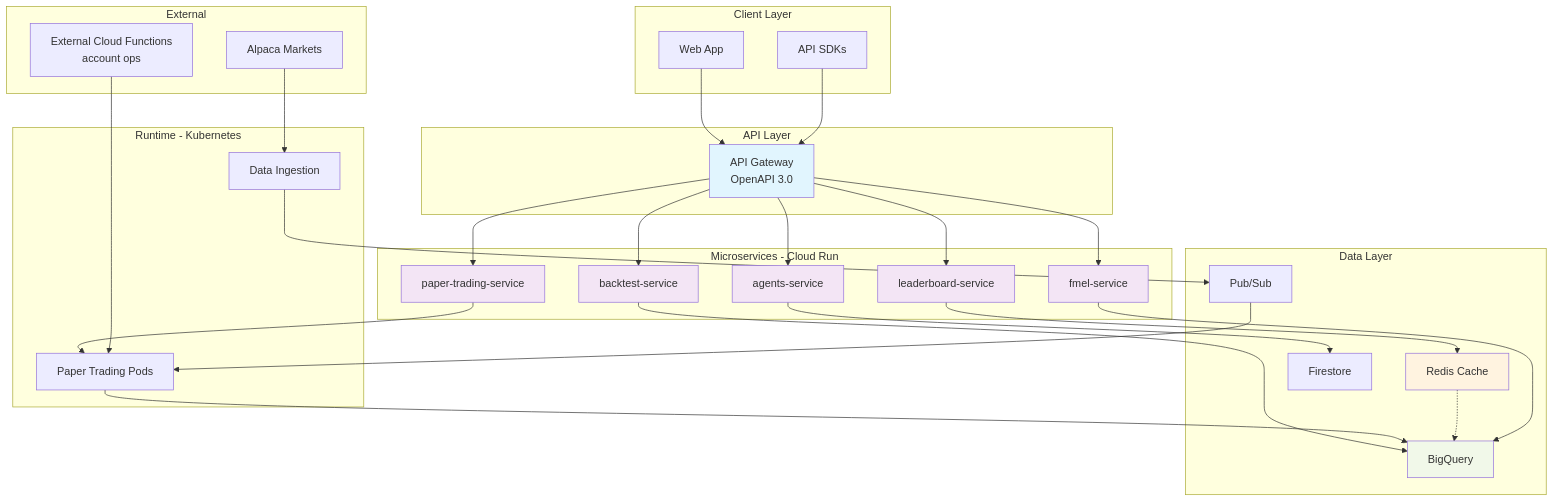
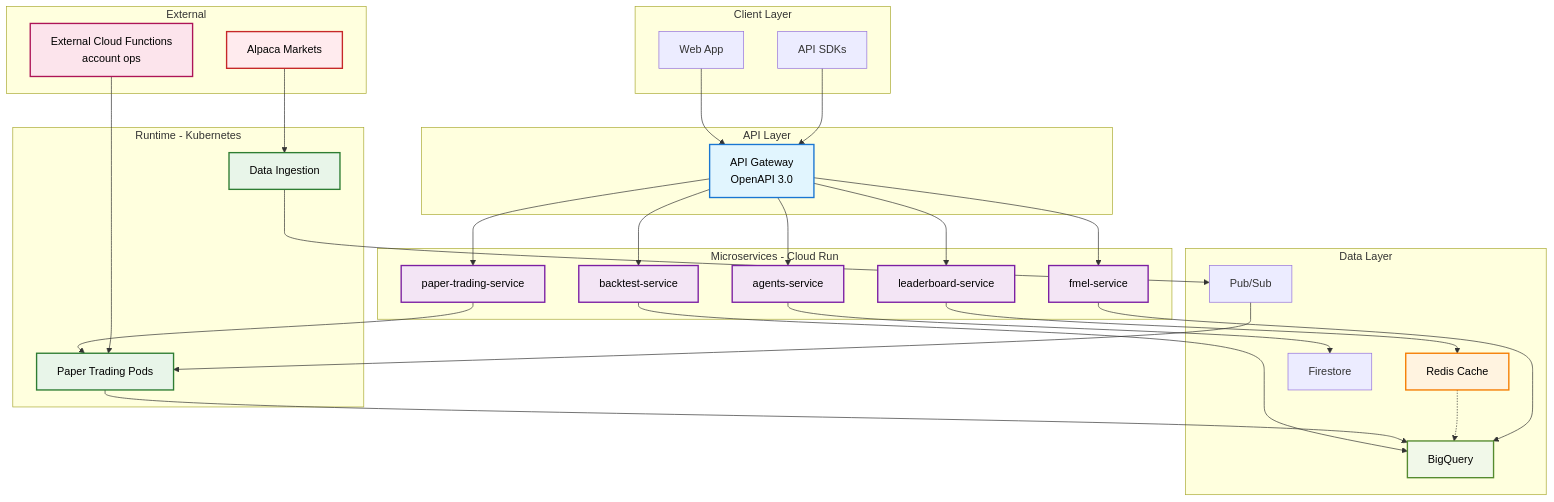
One commit to Spooky-Labs/The-Farm-Mark-II changed the first of 2 diagrams in README.md. Above: the diagram before and after it, drawn with Mermaid.

Commit message:
Added some updates

````diff
--- a/README.md
+++ b/README.md
@@ -26,70 +26,74 @@
 ```mermaid
 graph TB
     subgraph "Client Layer"
         WEB[Web App]
         SDK[API SDKs]
     end
 
     subgraph "API Layer"
         GW[API Gateway<br/>OpenAPI 3.0]
     end
 
     subgraph "Microservices - Cloud Run"
         AS[agents-service]
         BS[backtest-service]
         PS[paper-trading-service]
         LS[leaderboard-service]
         FS[fmel-service]
     end
 
     subgraph "Runtime - Kubernetes"
         PT[Paper Trading Pods]
         DI[Data Ingestion]
     end
 
     subgraph "Data Layer"
         BQ[BigQuery]
         REDIS[Redis Cache]
         FS2[Firestore]
         PS2[Pub/Sub]
     end
 
     subgraph "External"
         ALPACA[Alpaca Markets]
         CF[External Cloud Functions<br/>account ops]
     end
 
     WEB --> GW
     SDK --> GW
 
     GW --> AS
     GW --> BS
     GW --> PS
     GW --> LS
     GW --> FS
 
     PS --> PT
     BS --> BQ
 
     CF --> PT
 
     ALPACA --> DI
     DI --> PS2
     PS2 --> PT
 
     PT --> BQ
     LS --> REDIS
     REDIS -.-> BQ
 
     AS --> FS2
     FS --> BQ
 
-    style GW fill:#e1f5fe
-    style AS fill:#f3e5f5
-    style BS fill:#f3e5f5
-    style PS fill:#f3e5f5
-    style LS fill:#f3e5f5
-    style FS fill:#f3e5f5
-    style REDIS fill:#fff3e0
-    style BQ fill:#f1f8e9
+    style GW fill:#e1f5fe,stroke:#1976d2,stroke-width:2px,color:#000
+    style AS fill:#f3e5f5,stroke:#7b1fa2,stroke-width:2px,color:#000
+    style BS fill:#f3e5f5,stroke:#7b1fa2,stroke-width:2px,color:#000
+    style PS fill:#f3e5f5,stroke:#7b1fa2,stroke-width:2px,color:#000
+    style LS fill:#f3e5f5,stroke:#7b1fa2,stroke-width:2px,color:#000
+    style FS fill:#f3e5f5,stroke:#7b1fa2,stroke-width:2px,color:#000
+    style REDIS fill:#fff3e0,stroke:#f57c00,stroke-width:2px,color:#000
+    style BQ fill:#f1f8e9,stroke:#558b2f,stroke-width:2px,color:#000
+    style PT fill:#e8f5e9,stroke:#2e7d32,stroke-width:2px,color:#000
+    style DI fill:#e8f5e9,stroke:#2e7d32,stroke-width:2px,color:#000
+    style ALPACA fill:#ffebee,stroke:#c62828,stroke-width:2px,color:#000
+    style CF fill:#fce4ec,stroke:#ad1457,stroke-width:2px,color:#000
 ```
````
